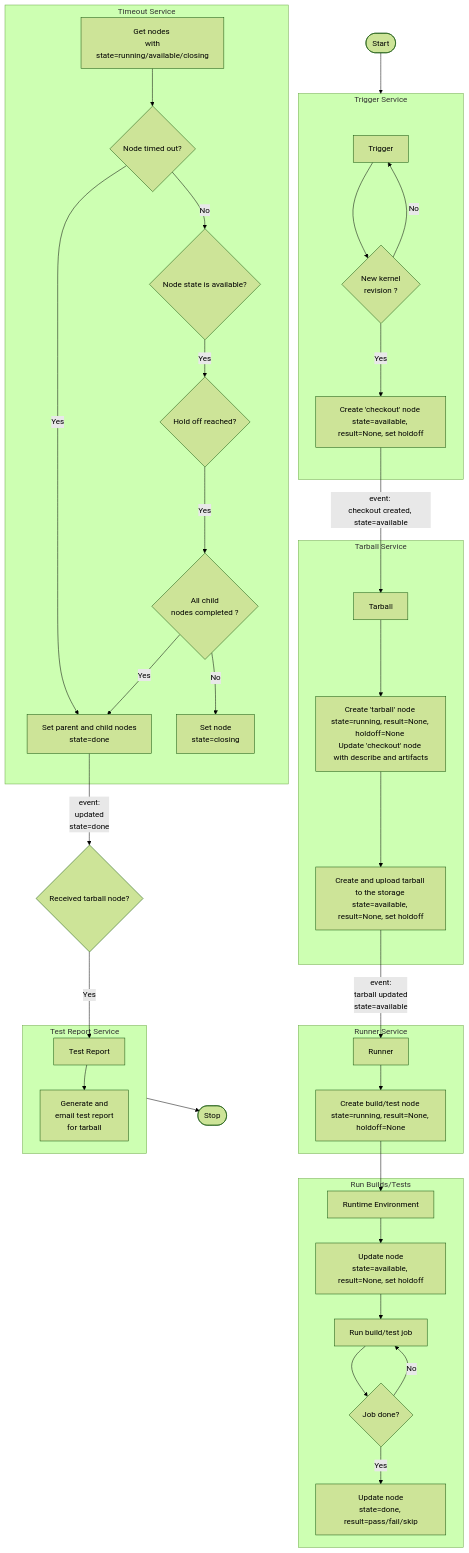
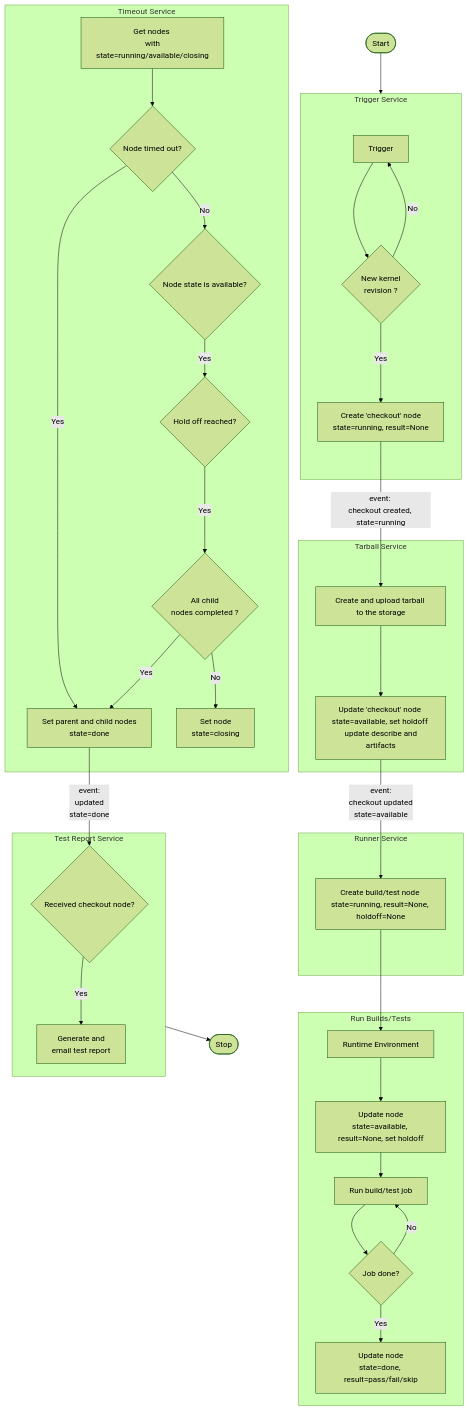
The diagram in doc/pipeline-details.md (kernelci/kernelci-api), drawn with Mermaid (forest theme) before and after one commit. The commit also changed other lines of this file, not shown here.

Commit message:
doc/pipeline-details: drop tarball node
Since we have merged checkout and tarball node
into a single checkout node, need to update the
pipeline flow diagram and documentation accordingly.

````diff
--- a/doc/pipeline-details.md
+++ b/doc/pipeline-details.md
@@ -12,41 +12,39 @@
 ```mermaid
 flowchart
     start([Start]) --> trigger_service
     subgraph trigger_service[Trigger Service]
         trigger[Trigger] --> kernel_revision{New kernel <br/>revision ?}
         kernel_revision --> |No| trigger
-        kernel_revision --> |Yes| checkout[Create 'checkout' node <br />state=available, result=None, set holdoff]
+        kernel_revision --> |Yes| checkout[Create 'checkout' node <br />state=running, result=None]
     end
     subgraph tarball_service[Tarball Service]
-        checkout --> |event: <br />checkout created, state=available| tarball[Tarball]
-        tarball --> tarball_node[Create 'tarball' node <br />state=running, result=None, holdoff=None <br />Update 'checkout' node <br />with describe and artifacts]
-        tarball_node --> upload_tarball[Create and upload tarball to the storage <br />state=available, result=None, set holdoff]
+        upload_tarball[Create and upload tarball to the storage]
+        checkout --> |event: <br />checkout created, state=running| upload_tarball
+        upload_tarball --> update_checkout_node[Update 'checkout' node <br />state=available, set holdoff <br /> update describe and artifacts]
     end
     subgraph runner_service[Runner Service]
-        upload_tarball --> |event: <br />tarball updated <br />state=available| runner[Runner]
-        runner --> runner_node[Create build/test node <br />state=running, result=None, holdoff=None]
+        update_checkout_node --> |event: <br />checkout updated <br />state=available| runner_node[Create build/test node <br />state=running, result=None, holdoff=None]
     end
     subgraph Run Builds/Tests
         runner_node --> runtime[Runtime Environment]
         runtime --> set_available[Update node<br />state=available, result=None, set holdoff]
         set_available --> run_job[Run build/test job]
         run_job --> job_done{Job done?}       
         job_done --> |Yes| pass_runner_node[Update node<br />state=done, result=pass/fail/skip]
         job_done --> |No| run_job
-    end
-    subgraph test_report_service[Test Report Service]
-        test_report[Test Report] --> email_report[Generate and <br />email test report <br />for tarball]
     end
     subgraph timeout_service[Timeout Service]
         get_nodes[Get nodes <br /> with state=running/available/closing] --> node_timedout{Node timed out?}
         verify_avilable_nodes{Node state is available?} --> |Yes| hold_off_reached{Hold off reached?}
         hold_off_reached --> |Yes| child_nodes_completed{All child <br />nodes completed ?}
         child_nodes_completed --> |Yes| set_done[Set parent and child nodes <br /> state=done]
         child_nodes_completed --> |No| set_closing[Set node <br />state=closing]
         node_timedout --> |Yes| set_done
         node_timedout --> |No| verify_avilable_nodes
     end
+    subgraph test_report_service[Test Report Service]
+        received_tarball{Received checkout node? } --> |Yes| email_report[Generate and <br />email test report]
+    end
     set_done --> |event: <br />updated <br /> state=done| received_tarball
-    received_tarball{Received tarball node? } --> |Yes| test_report
     test_report_service --> stop([Stop])
 ```
````
